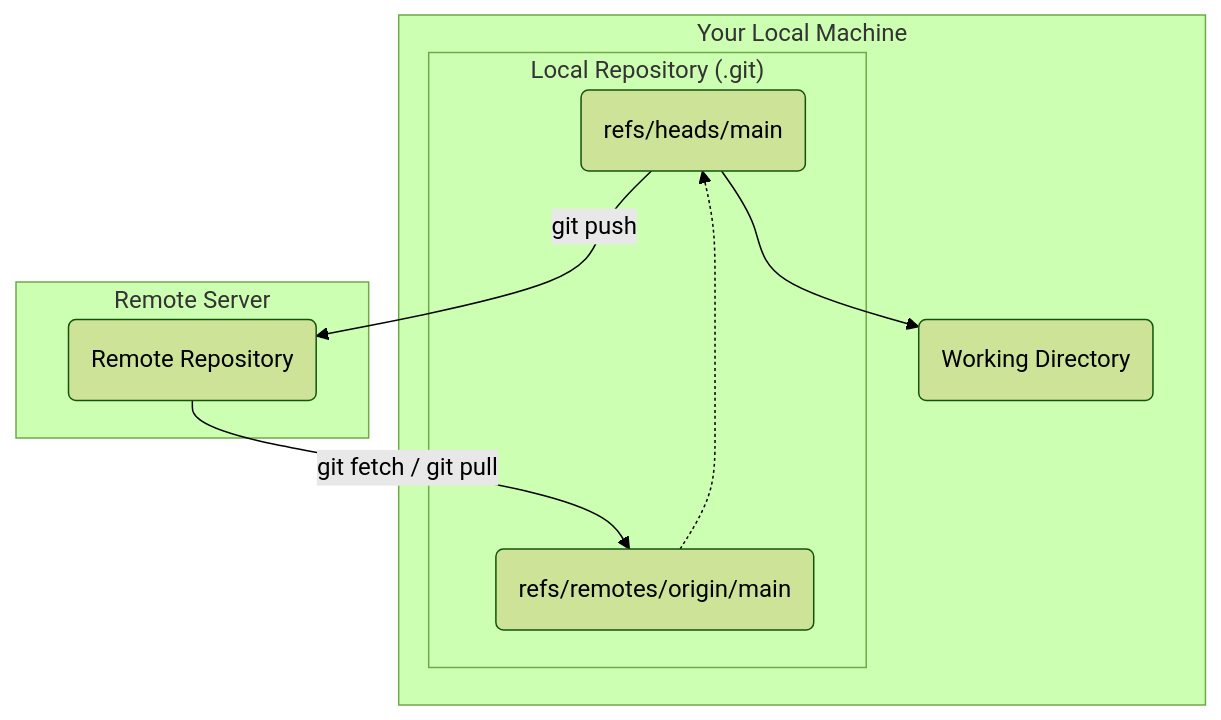
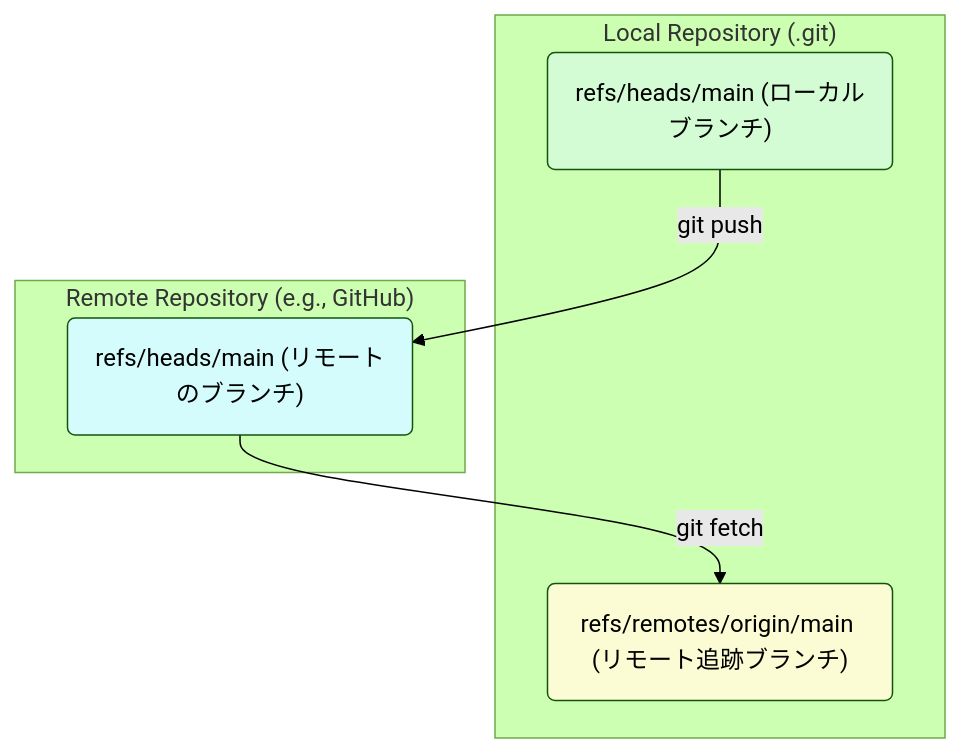
The diagram in manuscript/part5/chapter26.md (engineers-hub-ltd-in-house-project/git-deep-understanding), drawn with Mermaid (forest theme) before and after one commit. The commit also changed other lines of this file and 36 other files, not shown here.

````diff
--- a/manuscript/part5/chapter26.md
+++ b/manuscript/part5/chapter26.md
@@ -75,19 +62,18 @@
 ```mermaid
 graph TD
-    subgraph "Your Local Machine"
-        subgraph "Local Repository (.git)"
-            LocalMain("refs/heads/main")
-            OriginMain("refs/remotes/origin/main")
-        end
-        WorkDir("Working Directory")
-        LocalMain --> WorkDir
+    subgraph "Local Repository (.git)"
+        A("refs/heads/main (ローカルブランチ)")
+        B("refs/remotes/origin/main (リモート追跡ブランチ)")
     end
 
-    subgraph "Remote Server"
-        RemoteRepo("Remote Repository")
+    subgraph "Remote Repository (e.g., GitHub)"
+        C("refs/heads/main (リモートのブランチ)")
     end
 
-    RemoteRepo -- "git fetch / git pull" --> OriginMain
-    LocalMain -- "git push" --> RemoteRepo
-    OriginMain -.-> LocalMain
+    A -- "git push" --> C
+    C -- "git fetch" --> B
+
+    style A fill:#d4fcd4
+    style B fill:#fcfcd4
+    style C fill:#d4fcfc
 ```
````
